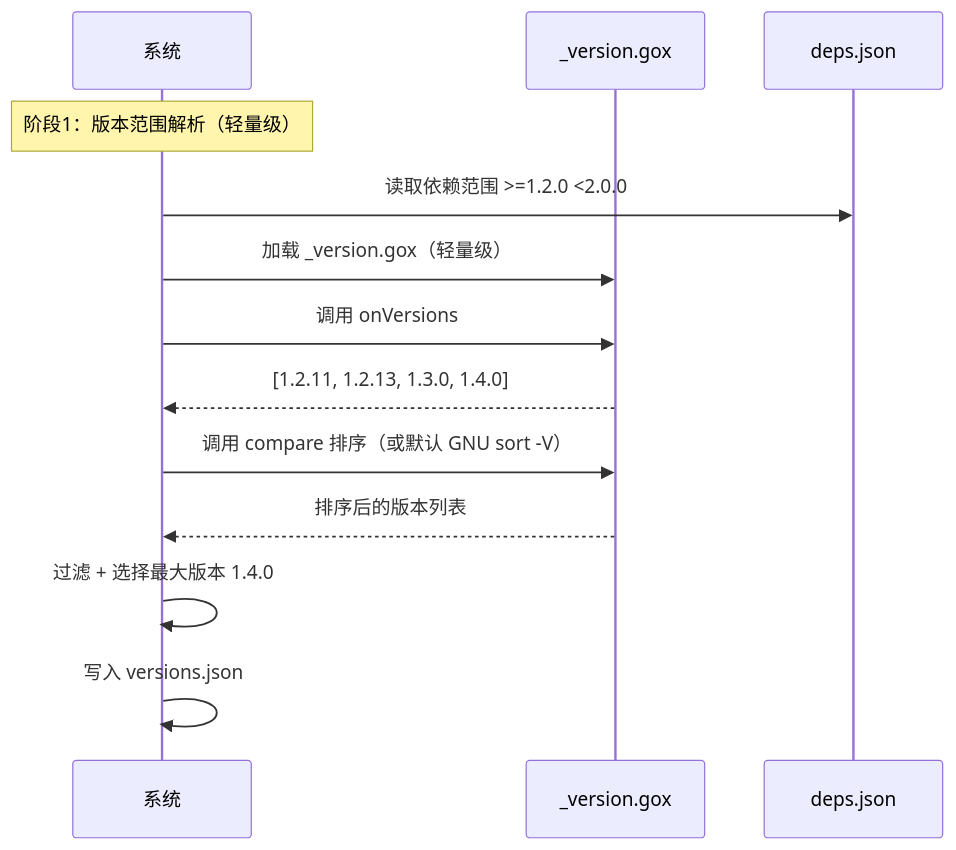
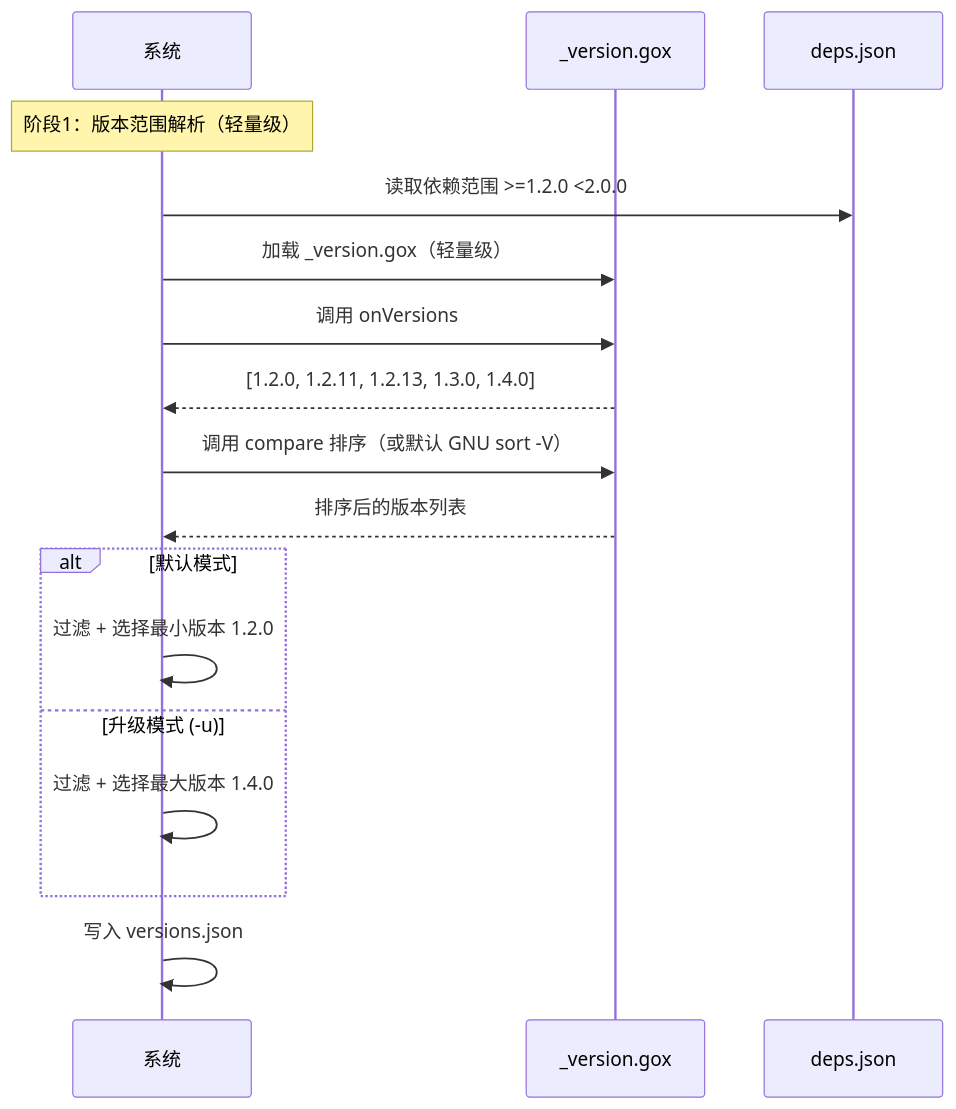
One commit to goplus/llar changed the first of 5 diagrams in docs/version-comparison-design.md. Above: the diagram before and after it, drawn with Mermaid. The commit also changed 4 other files, not shown here.

````diff
--- a/docs/version-comparison-design.md
+++ b/docs/version-comparison-design.md
@@ -102,16 +102,20 @@
 ```mermaid
 sequenceDiagram
     participant S as 系统
     participant V as _version.gox
     participant D as deps.json
 
     Note over S: 阶段1：版本范围解析（轻量级）
     S->>D: 读取依赖范围 >=1.2.0 <2.0.0
     S->>V: 加载 _version.gox（轻量级）
     S->>V: 调用 onVersions
-    V-->>S: [1.2.11, 1.2.13, 1.3.0, 1.4.0]
+    V-->>S: [1.2.0, 1.2.11, 1.2.13, 1.3.0, 1.4.0]
     S->>V: 调用 compare 排序（或默认 GNU sort -V）
     V-->>S: 排序后的版本列表
-    S->>S: 过滤 + 选择最大版本 1.4.0
+    alt 默认模式
+        S->>S: 过滤 + 选择最小版本 1.2.0
+    else 升级模式 (-u)
+        S->>S: 过滤 + 选择最大版本 1.4.0
+    end
     S->>S: 写入 versions.json
 ```
````
